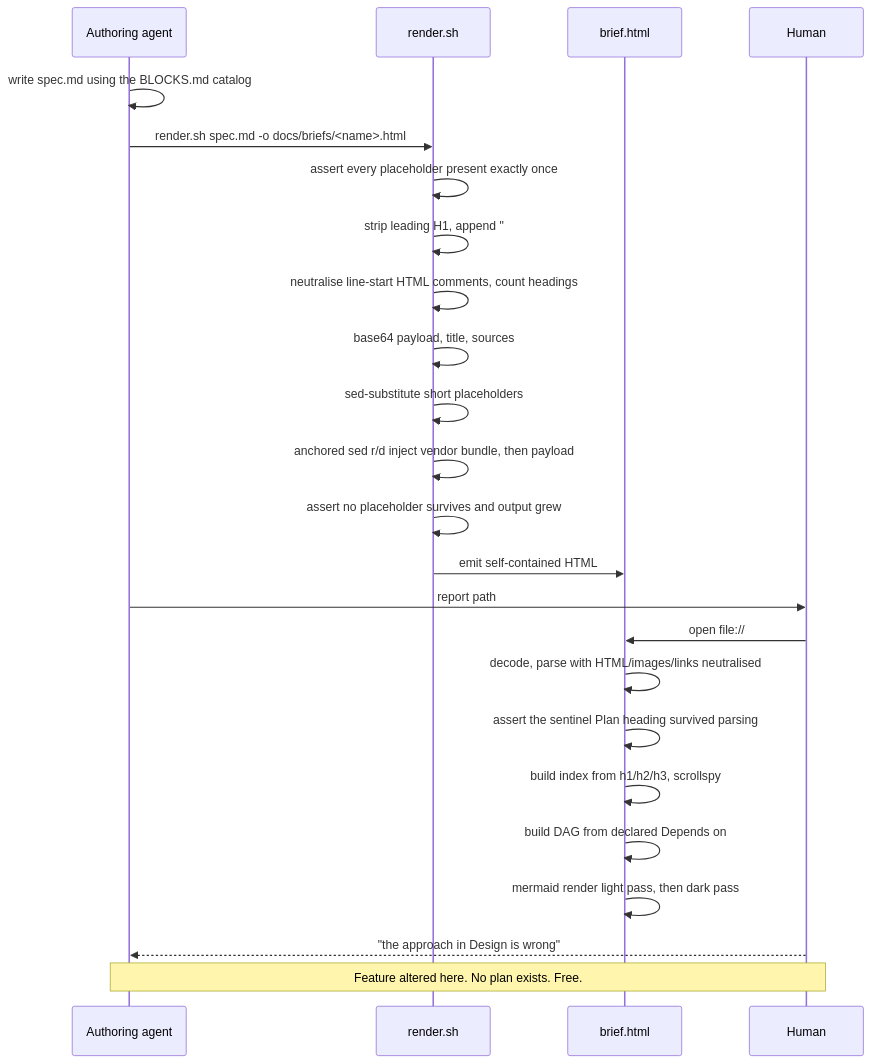
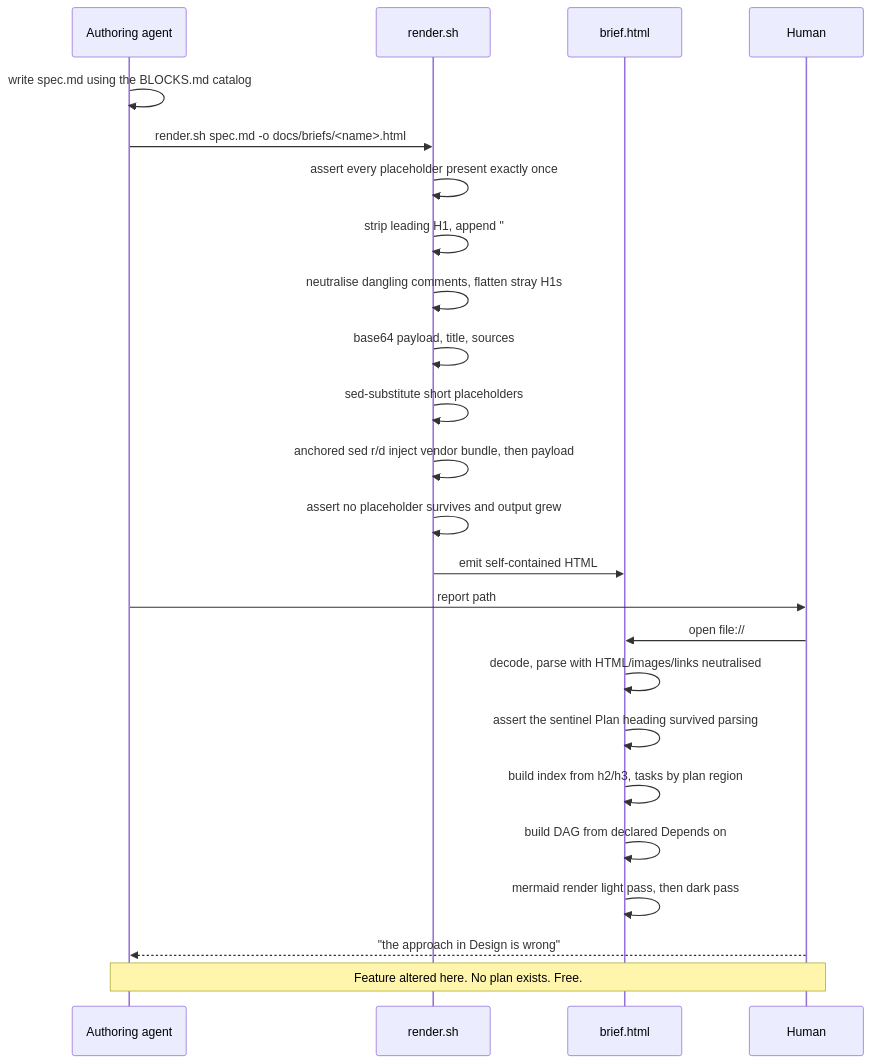
One commit to fbac/umbrella changed the third of 3 diagrams in docs/specs/2026-07-27-visual-change-briefs-design.md. Above: the diagram before and after it, drawn with Mermaid. The commit also changed other lines of this file, not shown here.

Commit message:
docs: correct stale labels in the render pipeline diagram
The sequence diagram still showed "count headings" and "build index from
h1/h2/h3" after both mechanisms were removed. The normative prose was already
correct, but the diagram is what an implementer reasons from, and that index
selector is exactly the defect five rounds were spent removing.

Also marks the two front-matter findings as one root cause so the plan carries
a single task.

````diff
--- a/docs/specs/2026-07-27-visual-change-briefs-design.md
+++ b/docs/specs/2026-07-27-visual-change-briefs-design.md
@@ -151,27 +151,27 @@
 ```mermaid
 sequenceDiagram
   participant A as Authoring agent
   participant R as render.sh
   participant F as brief.html
   participant H as Human
 
   A->>A: write spec.md using the BLOCKS.md catalog
   A->>R: render.sh spec.md -o docs/briefs/<name>.html
   R->>R: assert every placeholder present exactly once
   R->>R: strip leading H1, append "## Plan" + body or pending callout
-  R->>R: neutralise line-start HTML comments, count headings
+  R->>R: neutralise dangling comments, flatten stray H1s
   R->>R: base64 payload, title, sources
   R->>R: sed-substitute short placeholders
   R->>R: anchored sed r/d inject vendor bundle, then payload
   R->>R: assert no placeholder survives and output grew
   R->>F: emit self-contained HTML
   A->>H: report path
   H->>F: open file://
   F->>F: decode, parse with HTML/images/links neutralised
   F->>F: assert the sentinel Plan heading survived parsing
-  F->>F: build index from h1/h2/h3, scrollspy
+  F->>F: build index from h2/h3, tasks by plan region
   F->>F: build DAG from declared Depends on
   F->>F: mermaid render light pass, then dark pass
   H-->>A: "the approach in Design is wrong"
   Note over H,A: Feature altered here. No plan exists. Free.
 ```
````
